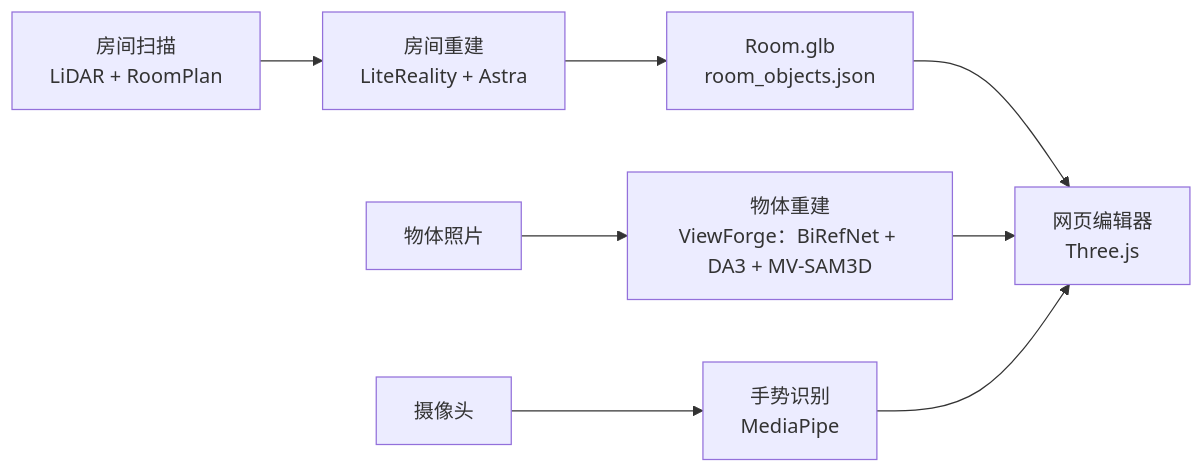
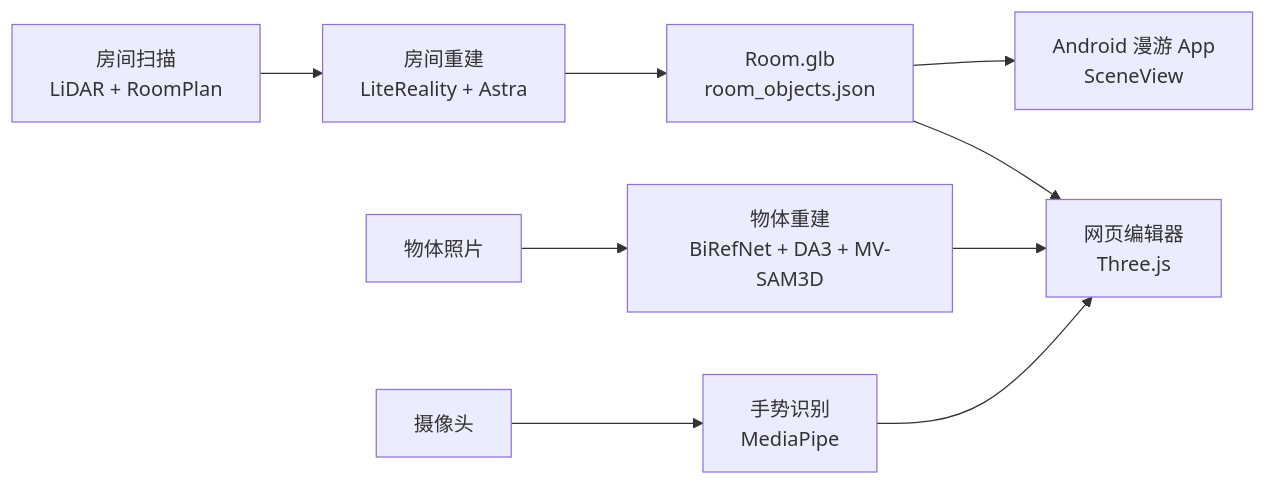
Before and after one commit to innovationasuna/RoomCanvas: the diagram in README.md, drawn with Mermaid. The commit also changed other lines of this file and 11 other files, not shown here.

````diff
--- a/README.md
+++ b/README.md
@@ -41,9 +182,10 @@
 ```mermaid
 flowchart LR
   scan["房间扫描<br/>LiDAR + RoomPlan"] --> room["房间重建<br/>LiteReality + Astra"]
   room --> glb["Room.glb<br/>room_objects.json"]
-  photos["物体照片"] --> object["物体重建<br/>ViewForge：BiRefNet + DA3 + MV-SAM3D"]
+  photos["物体照片"] --> object["物体重建<br/>BiRefNet + DA3 + MV-SAM3D"]
   glb --> editor["网页编辑器<br/>Three.js"]
   object --> editor
   camera["摄像头"] --> gesture["手势识别<br/>MediaPipe"] --> editor
+  glb --> app["Android 漫游 App<br/>SceneView"]
 ```
````
